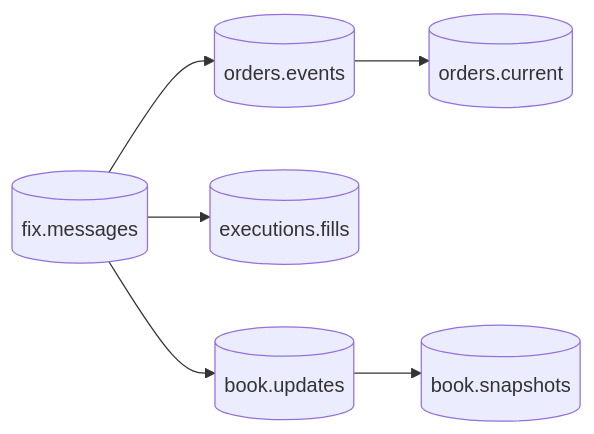
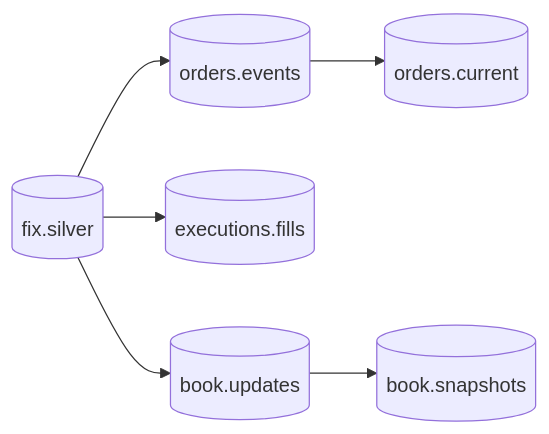
The diagram in docs/roadmap/index.md (Platob/yggfin), drawn with Mermaid before and after one commit. The commit also changed other lines of this file and 1653 other files, not shown here.

````diff
--- a/docs/roadmap/index.md
+++ b/docs/roadmap/index.md
@@ -7,8 +7,8 @@
 ```mermaid
 flowchart LR
-    F[("fix.messages")] --> OE[("orders.events")]
+    F[("fix.silver")] --> OE[("orders.events")]
     OE --> OC[("orders.current")]
     F --> EX[("executions.fills")]
     F --> BU[("book.updates")]
     BU --> BS[("book.snapshots")]
 ```
````
